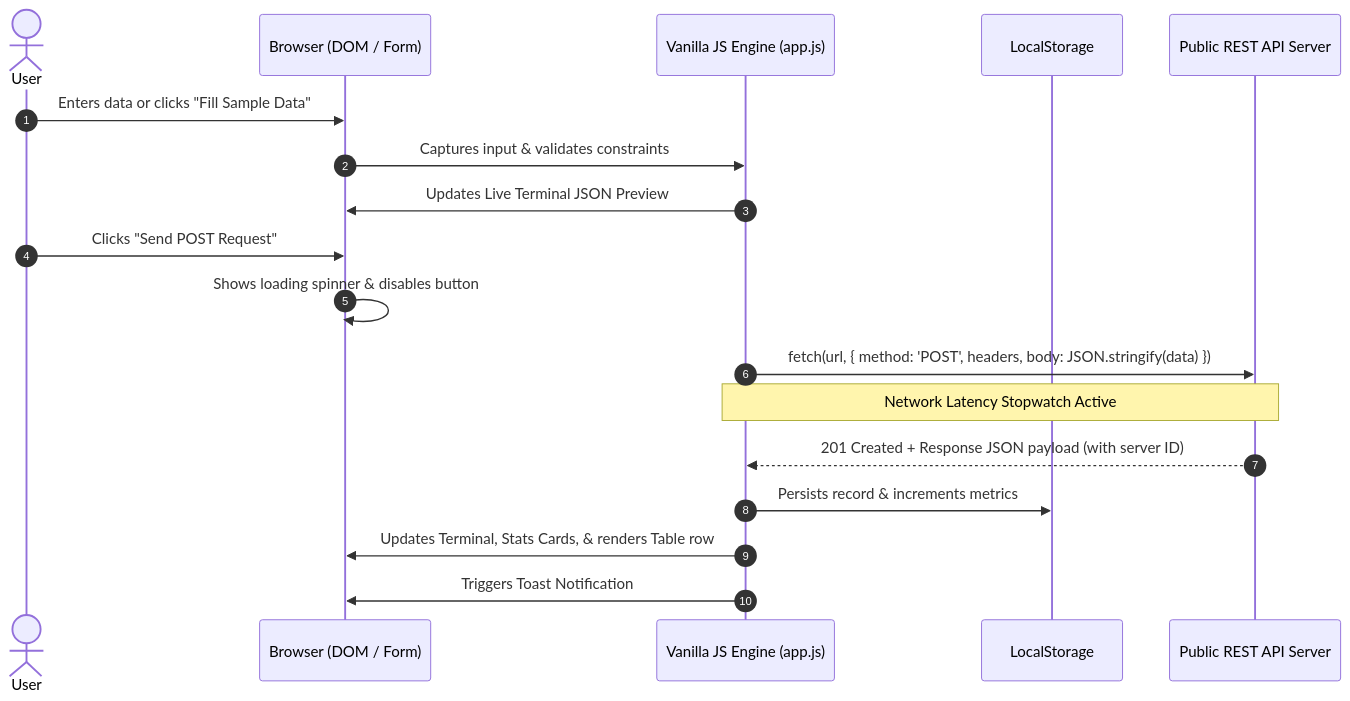
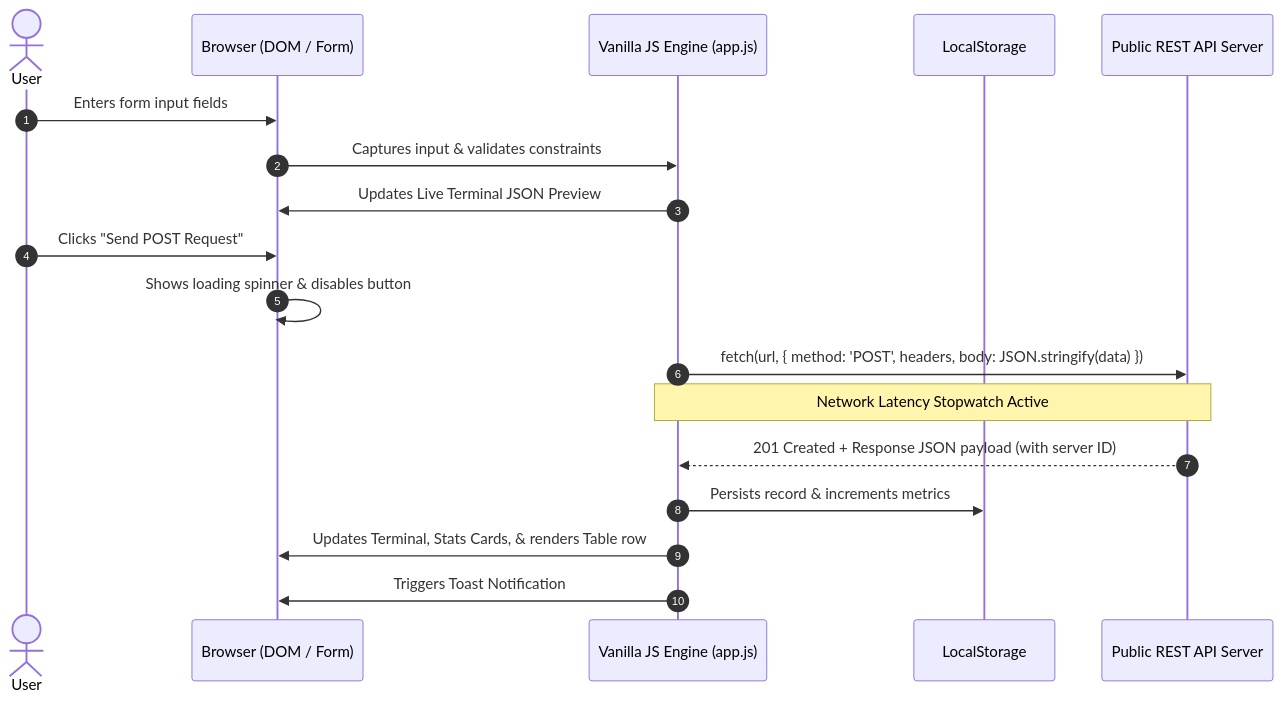
One commit to shubhrahazra/Assignment-1 changed the diagram in README.md. Above: the diagram before and after it, drawn with Mermaid. The commit also changed other lines of this file and 2 other files, not shown here.

Commit message:
refactor: remove dummy data, use clean JSONPlaceholder REST endpoints, start with empty table

````diff
--- a/README.md
+++ b/README.md
@@ -36,21 +36,21 @@
 ```mermaid
 sequenceDiagram
     autonumber
     actor User
     participant UI as Browser (DOM / Form)
     participant Engine as Vanilla JS Engine (app.js)
     participant Storage as LocalStorage
     participant API as Public REST API Server
 
-    User->>UI: Enters data or clicks "Fill Sample Data"
+    User->>UI: Enters form input fields
     UI->>Engine: Captures input & validates constraints
     Engine->>UI: Updates Live Terminal JSON Preview
     User->>UI: Clicks "Send POST Request"
     UI->>UI: Shows loading spinner & disables button
     Engine->>API: fetch(url, { method: 'POST', headers, body: JSON.stringify(data) })
     Note over Engine,API: Network Latency Stopwatch Active
     API-->>Engine: 201 Created + Response JSON payload (with server ID)
     Engine->>Storage: Persists record & increments metrics
     Engine->>UI: Updates Terminal, Stats Cards, & renders Table row
     Engine->>UI: Triggers Toast Notification
 ```
````
